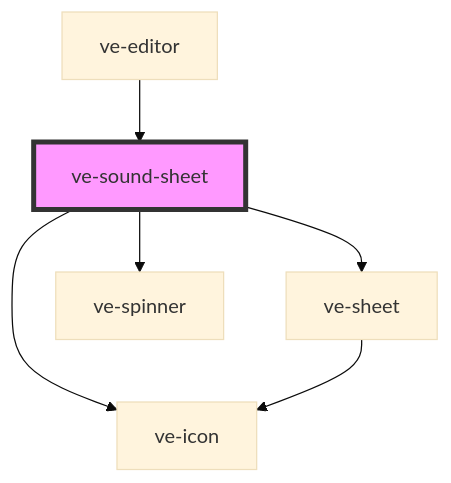
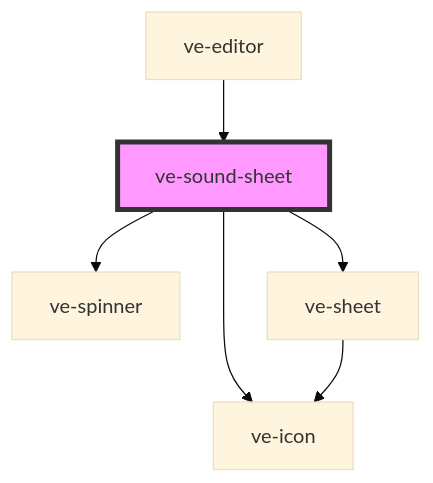
Before and after one commit to dotnetdreamer/capacitor-video-kit: the diagram in src/components/ve-sound-sheet/readme.md, drawn with Mermaid (base theme). The commit also changed other lines of this file and 31 other files, not shown here.

````diff
--- a/src/components/ve-sound-sheet/readme.md
+++ b/src/components/ve-sound-sheet/readme.md
@@ -49,9 +51,9 @@
 ```mermaid
 graph TD;
   ve-sound-sheet --> ve-icon
+  ve-sound-sheet --> ve-spinner
   ve-sound-sheet --> ve-sheet
-  ve-sound-sheet --> ve-spinner
   ve-sheet --> ve-icon
   ve-editor --> ve-sound-sheet
   style ve-sound-sheet fill:#f9f,stroke:#333,stroke-width:4px
 ```
````
